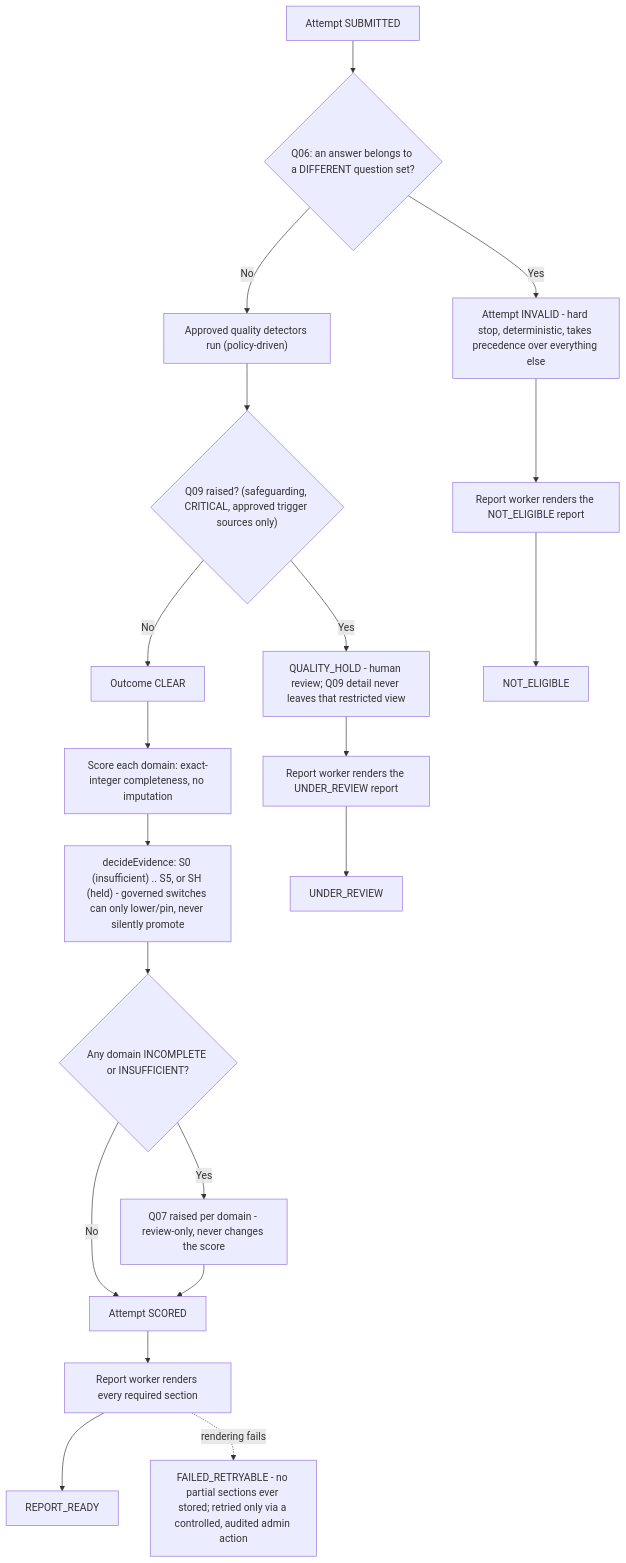
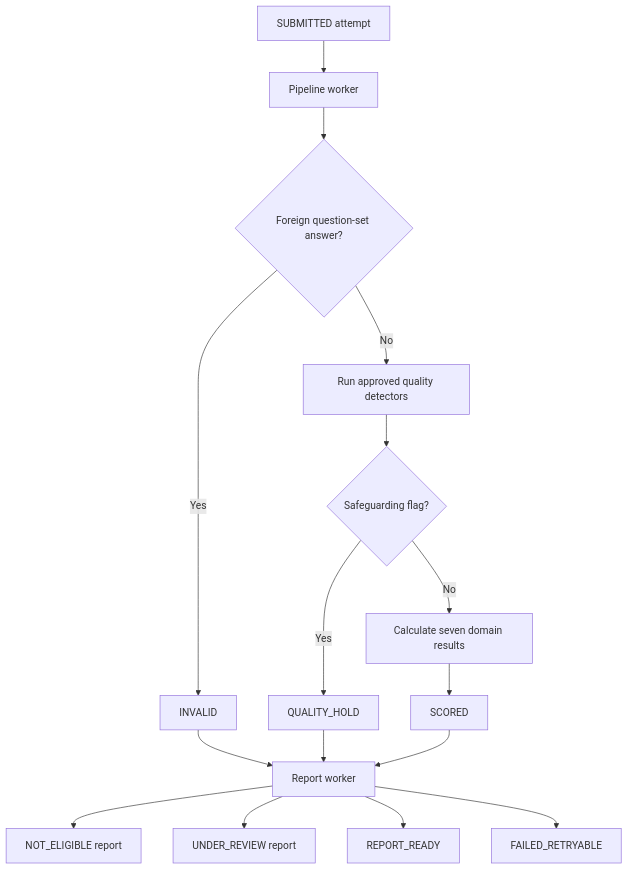
Before and after one commit to Rohan2519Y/Santulan: diagram 11 of 21 in FLOWCHART.md, drawn with Mermaid. The commit also changed other lines of this file and 32 other files, not shown here.

Commit message:
Completed the final work with testing and added flowchart

````diff
--- a/FLOWCHART.md
+++ b/FLOWCHART.md
@@ -86,25 +373,20 @@
 ```mermaid
 flowchart TD
-    SUBMITTED["Attempt SUBMITTED"] --> Q06{"Q06: an answer belongs to a DIFFERENT question set?"}
-    Q06 -->|Yes| INVALID["Attempt INVALID - hard stop, deterministic, takes precedence over everything else"]
-    Q06 -->|No| DETECTORS["Approved quality detectors run (policy-driven)"]
-    DETECTORS --> Q09{"Q09 raised? (safeguarding, CRITICAL, approved trigger sources only)"}
-    Q09 -->|Yes| HOLD["QUALITY_HOLD - human review; Q09 detail never leaves that restricted view"]
-    Q09 -->|No| CLEAR["Outcome CLEAR"]
+    SUBMITTED[SUBMITTED attempt] --> PIPELINE[Pipeline worker]
+    PIPELINE --> Q06{Foreign question-set answer?}
+    Q06 -->|Yes| INVALID[INVALID]
+    Q06 -->|No| DETECT[Run approved quality detectors]
+    DETECT --> Q09{Safeguarding flag?}
+    Q09 -->|Yes| HOLD[QUALITY_HOLD]
+    Q09 -->|No| SCORING[Calculate seven domain results]
+    SCORING --> SCORED[SCORED]
 
-    CLEAR --> SCORING["Score each domain: exact-integer completeness, no imputation"]
-    SCORING --> EVIDENCE["decideEvidence: S0 (insufficient) .. S5, or SH (held) - governed switches can only lower/pin, never silently promote"]
-    EVIDENCE --> Q07{"Any domain INCOMPLETE or INSUFFICIENT?"}
-    Q07 -->|Yes| FLAG["Q07 raised per domain - review-only, never changes the score"]
-    Q07 -->|No| SCORED["Attempt SCORED"]
-    FLAG --> SCORED
+    INVALID --> REPORTWORKER[Report worker]
+    HOLD --> REPORTWORKER
+    SCORED --> REPORTWORKER
 
-    SCORED --> RENDER["Report worker renders every required section"]
-    HOLD --> RENDERH["Report worker renders the UNDER_REVIEW report"]
-    INVALID --> RENDERI["Report worker renders the NOT_ELIGIBLE report"]
-    RENDER --> DONE["REPORT_READY"]
-    RENDERH --> DONE2["UNDER_REVIEW"]
-    RENDERI --> DONE3["NOT_ELIGIBLE"]
-
-    RENDER -.->|rendering fails| RETRY["FAILED_RETRYABLE - no partial sections ever stored; retried only via a controlled, audited admin action"]
+    REPORTWORKER --> NOTELIGIBLE[NOT_ELIGIBLE report]
+    REPORTWORKER --> REVIEW[UNDER_REVIEW report]
+    REPORTWORKER --> READY[REPORT_READY]
+    REPORTWORKER --> FAILED[FAILED_RETRYABLE]
 ```
````
